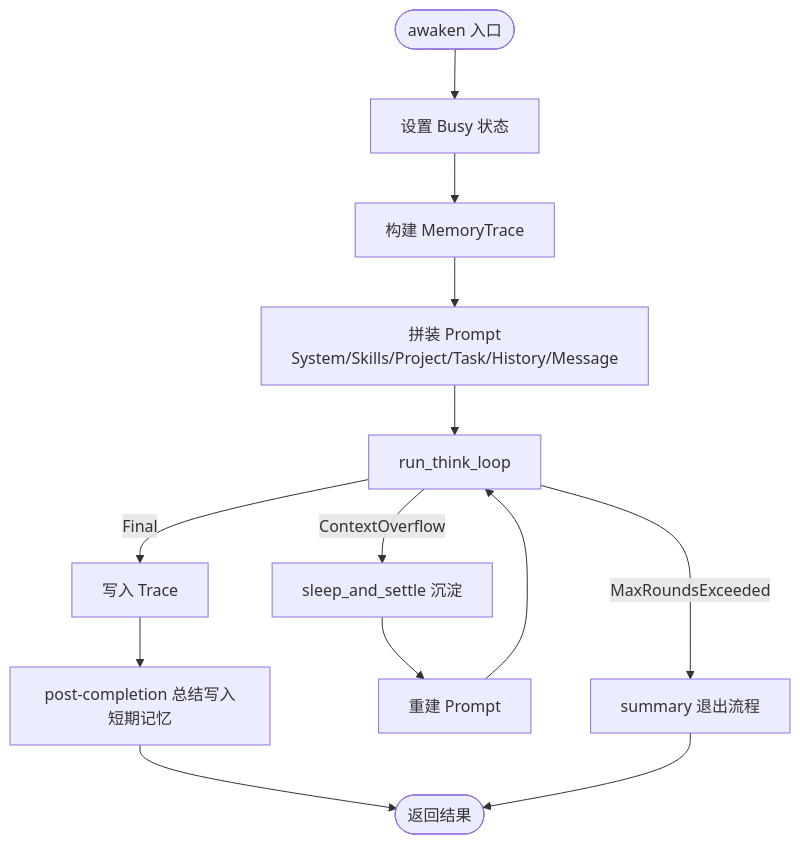
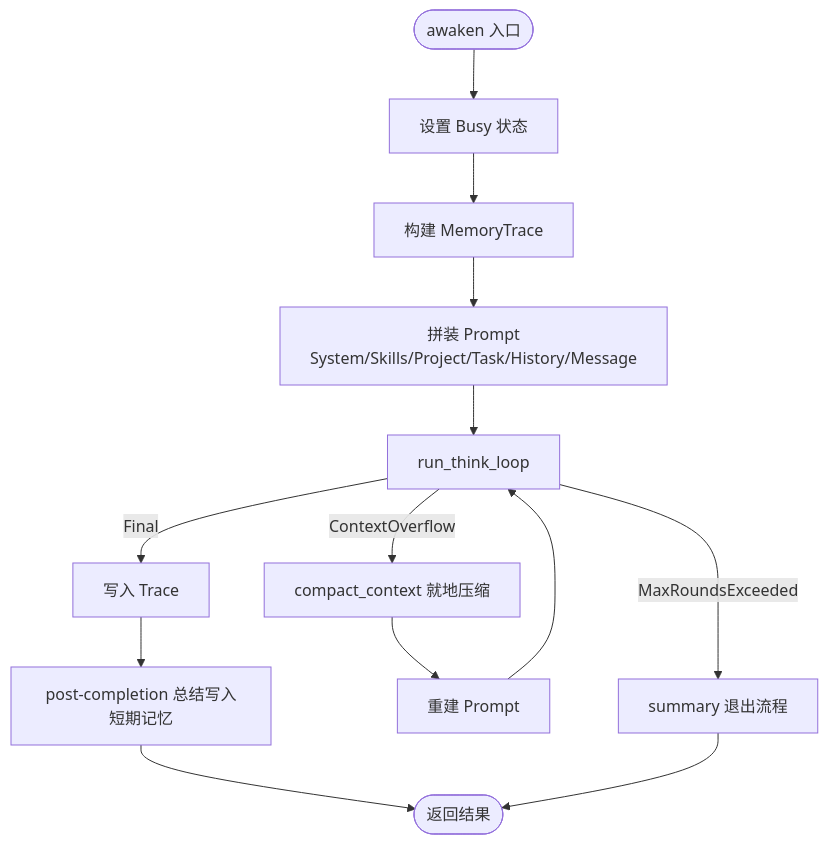
The third of 9 diagrams in docs/wiki/zh/content/项目概述/核心功能特性/核心功能特性.md (runningcoders/ai_orz), drawn with Mermaid before and after one commit. The commit also changed other lines of this file and 20 other files, not shown here.

````diff
--- a/docs/wiki/zh/content/项目概述/核心功能特性/核心功能特性.md
+++ b/docs/wiki/zh/content/项目概述/核心功能特性/核心功能特性.md
@@ -180,15 +180,15 @@
 ```mermaid
 flowchart TD
 Start(["awaken 入口"]) --> SetBusy["设置 Busy 状态"]
 SetBusy --> BuildTrace["构建 MemoryTrace"]
 BuildTrace --> BuildPrompt["拼装 Prompt<br/>System/Skills/Project/Task/History/Message"]
 BuildPrompt --> ThinkLoop["run_think_loop"]
 ThinkLoop --> |Final| WriteTrace["写入 Trace"]
-ThinkLoop --> |ContextOverflow| SleepSettle["sleep_and_settle 沉淀"]
+ThinkLoop --> |ContextOverflow| Compact["compact_context 就地压缩"]
 ThinkLoop --> |MaxRoundsExceeded| SummaryExit["summary 退出流程"]
-SleepSettle --> RebuildPrompt["重建 Prompt"]
+Compact --> RebuildPrompt["重建 Prompt"]
 RebuildPrompt --> ThinkLoop
 WriteTrace --> PostSummary["post-completion 总结写入短期记忆"]
 PostSummary --> End(["返回结果"])
 SummaryExit --> End
 ```
````
